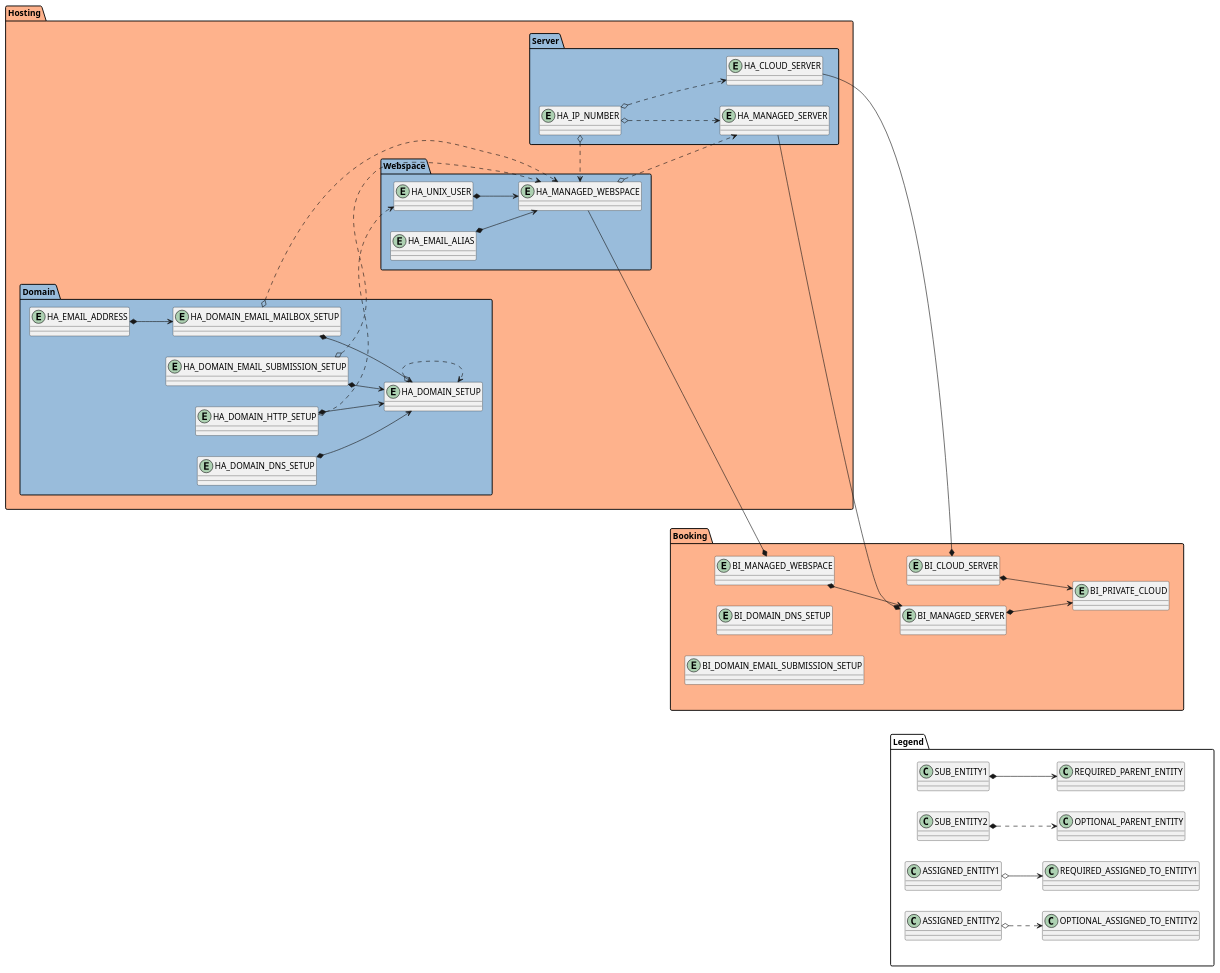
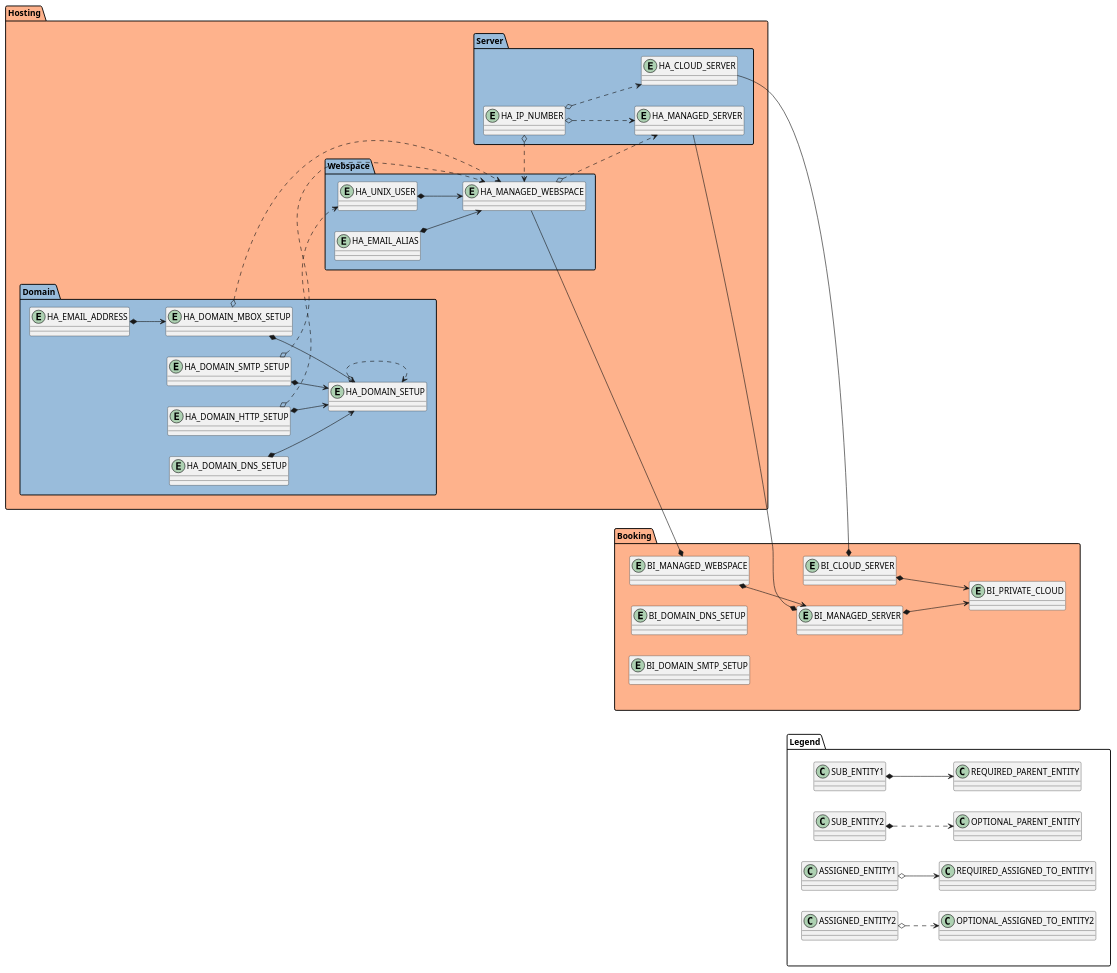
One commit to mhoennig/hs.hsadmin.ng changed the first of 3 diagrams in doc/hs-hosting-asset-type-structure.md. Above: the diagram before and after it, drawn with PlantUML. The commit also changed other lines of this file and 23 other files, not shown here.

Commit message:
add-domain-email-setup-validation (#74)

````diff
--- a/doc/hs-hosting-asset-type-structure.md
+++ b/doc/hs-hosting-asset-type-structure.md
@@ -5,68 +5,68 @@
 ```plantuml
 @startuml
 left to right direction
 
 package Booking #feb28c {
     entity BI_PRIVATE_CLOUD
     entity BI_CLOUD_SERVER
     entity BI_MANAGED_SERVER
     entity BI_MANAGED_WEBSPACE
     entity BI_DOMAIN_DNS_SETUP
-    entity BI_DOMAIN_EMAIL_SUBMISSION_SETUP
+    entity BI_DOMAIN_SMTP_SETUP
 }
 
 package Hosting #feb28c{
     package Domain #99bcdb {
         entity HA_DOMAIN_SETUP        
         entity HA_DOMAIN_DNS_SETUP        
         entity HA_DOMAIN_HTTP_SETUP        
-        entity HA_DOMAIN_EMAIL_SUBMISSION_SETUP        
-        entity HA_DOMAIN_EMAIL_MAILBOX_SETUP        
+        entity HA_DOMAIN_SMTP_SETUP        
+        entity HA_DOMAIN_MBOX_SETUP        
         entity HA_EMAIL_ADDRESS
     }
 
     package Server #99bcdb {
         entity HA_CLOUD_SERVER        
         entity HA_MANAGED_SERVER        
         entity HA_IP_NUMBER
     }
 
     package Webspace #99bcdb {
         entity HA_MANAGED_WEBSPACE        
         entity HA_UNIX_USER        
         entity HA_EMAIL_ALIAS
     }
 
 }
 
 BI_CLOUD_SERVER *--> BI_PRIVATE_CLOUD
 BI_MANAGED_SERVER *--> BI_PRIVATE_CLOUD
 BI_MANAGED_WEBSPACE *--> BI_MANAGED_SERVER
 
 HA_CLOUD_SERVER ==* BI_CLOUD_SERVER
 HA_MANAGED_SERVER ==* BI_MANAGED_SERVER
 HA_MANAGED_WEBSPACE ==* BI_MANAGED_WEBSPACE
 HA_MANAGED_WEBSPACE o..> HA_MANAGED_SERVER
 HA_UNIX_USER *==> HA_MANAGED_WEBSPACE
 HA_DOMAIN_SETUP o..> HA_DOMAIN_SETUP
 HA_DOMAIN_DNS_SETUP *==> HA_DOMAIN_SETUP
 HA_DOMAIN_HTTP_SETUP *==> HA_DOMAIN_SETUP
 HA_DOMAIN_HTTP_SETUP o..> HA_UNIX_USER
-HA_DOMAIN_EMAIL_SUBMISSION_SETUP *==> HA_DOMAIN_SETUP
-HA_DOMAIN_EMAIL_SUBMISSION_SETUP o..> HA_MANAGED_WEBSPACE
-HA_DOMAIN_EMAIL_MAILBOX_SETUP *==> HA_DOMAIN_SETUP
-HA_DOMAIN_EMAIL_MAILBOX_SETUP o..> HA_MANAGED_WEBSPACE
+HA_DOMAIN_SMTP_SETUP *==> HA_DOMAIN_SETUP
+HA_DOMAIN_SMTP_SETUP o..> HA_MANAGED_WEBSPACE
+HA_DOMAIN_MBOX_SETUP *==> HA_DOMAIN_SETUP
+HA_DOMAIN_MBOX_SETUP o..> HA_MANAGED_WEBSPACE
 HA_EMAIL_ALIAS *==> HA_MANAGED_WEBSPACE
-HA_EMAIL_ADDRESS *==> HA_DOMAIN_EMAIL_MAILBOX_SETUP
+HA_EMAIL_ADDRESS *==> HA_DOMAIN_MBOX_SETUP
 HA_IP_NUMBER o..> HA_CLOUD_SERVER
 HA_IP_NUMBER o..> HA_MANAGED_SERVER
 HA_IP_NUMBER o..> HA_MANAGED_WEBSPACE
 
 package Legend #white {
     SUB_ENTITY1 *--> REQUIRED_PARENT_ENTITY
     SUB_ENTITY2 *..> OPTIONAL_PARENT_ENTITY
     ASSIGNED_ENTITY1 o--> REQUIRED_ASSIGNED_TO_ENTITY1
     ASSIGNED_ENTITY2 o..> OPTIONAL_ASSIGNED_TO_ENTITY2
 }
 Booking -down[hidden]->Legend
 ```
````
